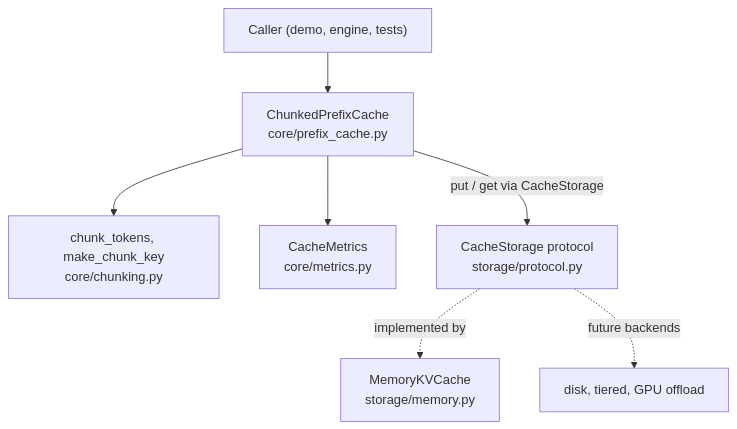
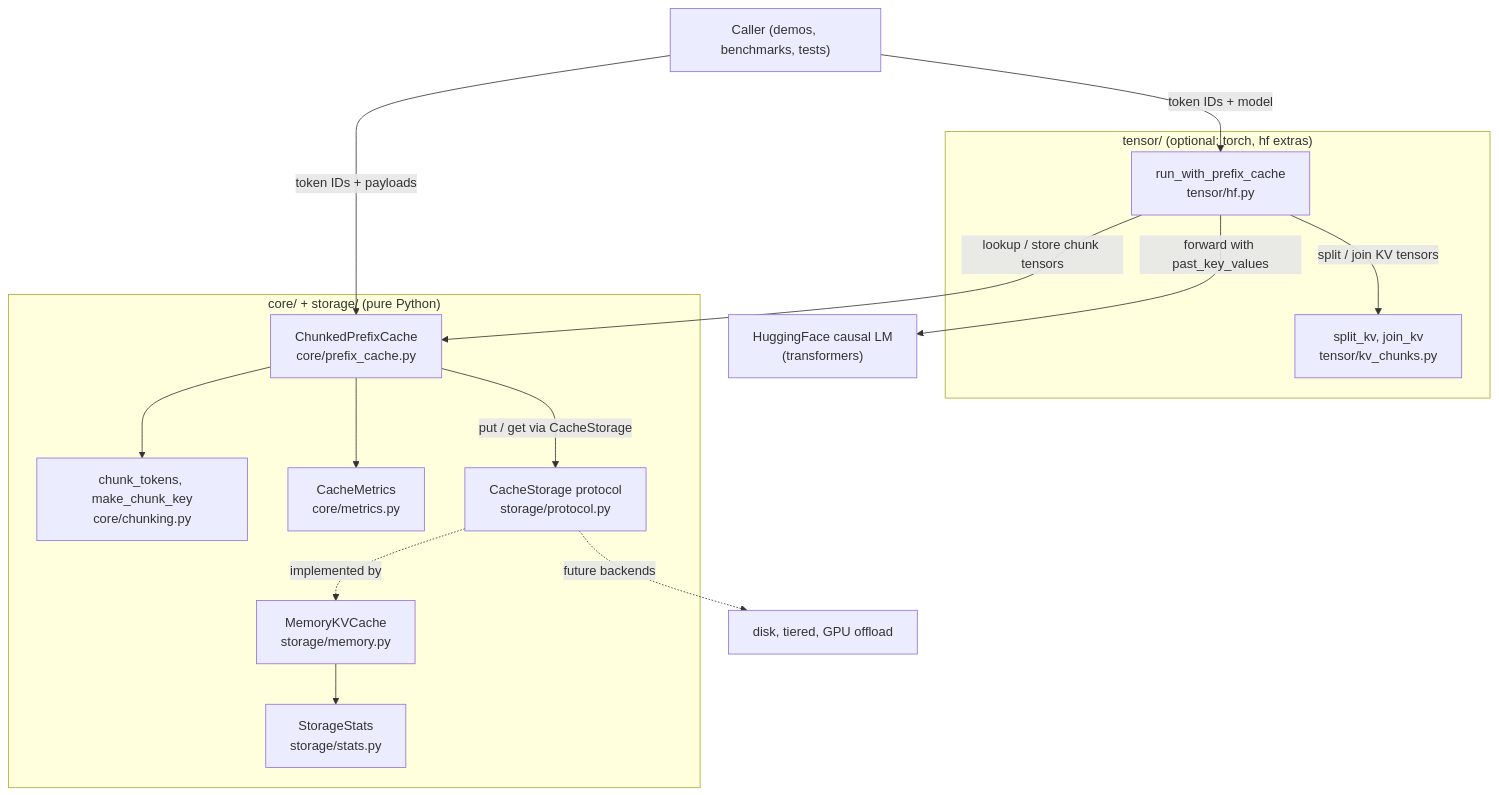
One commit to Dami-wq-k03/nano-lmcache changed the first of 5 diagrams in docs/architecture.md. Above: the diagram before and after it, drawn with Mermaid. The commit also changed other lines of this file, not shown here.

Commit message:
更新架构文档，添加模块关系图和调用流程，增强对 `ChunkedPrefixCache` 的描述

````diff
--- a/docs/architecture.md
+++ b/docs/architecture.md
@@ -10,9 +10,31 @@
 ```mermaid
 graph TD
-    Caller["Caller (demo, engine, tests)"] --> PC["ChunkedPrefixCache<br/>core/prefix_cache.py"]
-    PC --> CH["chunk_tokens, make_chunk_key<br/>core/chunking.py"]
-    PC --> MET["CacheMetrics<br/>core/metrics.py"]
-    PC -->|"put / get via CacheStorage"| ST["CacheStorage protocol<br/>storage/protocol.py"]
-    ST -.->|implemented by| MEM["MemoryKVCache<br/>storage/memory.py"]
+    Caller["Caller (demos, benchmarks, tests)"]
+    Model["HuggingFace causal LM<br/>(transformers)"]
+
+    subgraph tensor["tensor/ (optional: torch, hf extras)"]
+        HF["run_with_prefix_cache<br/>tensor/hf.py"]
+        KV["split_kv, join_kv<br/>tensor/kv_chunks.py"]
+    end
+
+    subgraph pure["core/ + storage/ (pure Python)"]
+        PC["ChunkedPrefixCache<br/>core/prefix_cache.py"]
+        CH["chunk_tokens, make_chunk_key<br/>core/chunking.py"]
+        MET["CacheMetrics<br/>core/metrics.py"]
+        ST["CacheStorage protocol<br/>storage/protocol.py"]
+        MEM["MemoryKVCache<br/>storage/memory.py"]
+        SS["StorageStats<br/>storage/stats.py"]
+    end
+
+    Caller -->|"token IDs + payloads"| PC
+    Caller -->|"token IDs + model"| HF
+    HF -->|"lookup / store chunk tensors"| PC
+    HF -->|"split / join KV tensors"| KV
+    HF -->|"forward with past_key_values"| Model
+    PC --> CH
+    PC --> MET
+    PC -->|"put / get via CacheStorage"| ST
+    ST -.->|implemented by| MEM
+    MEM --> SS
     ST -.->|"future backends"| FUT["disk, tiered, GPU offload"]
 ```
````
